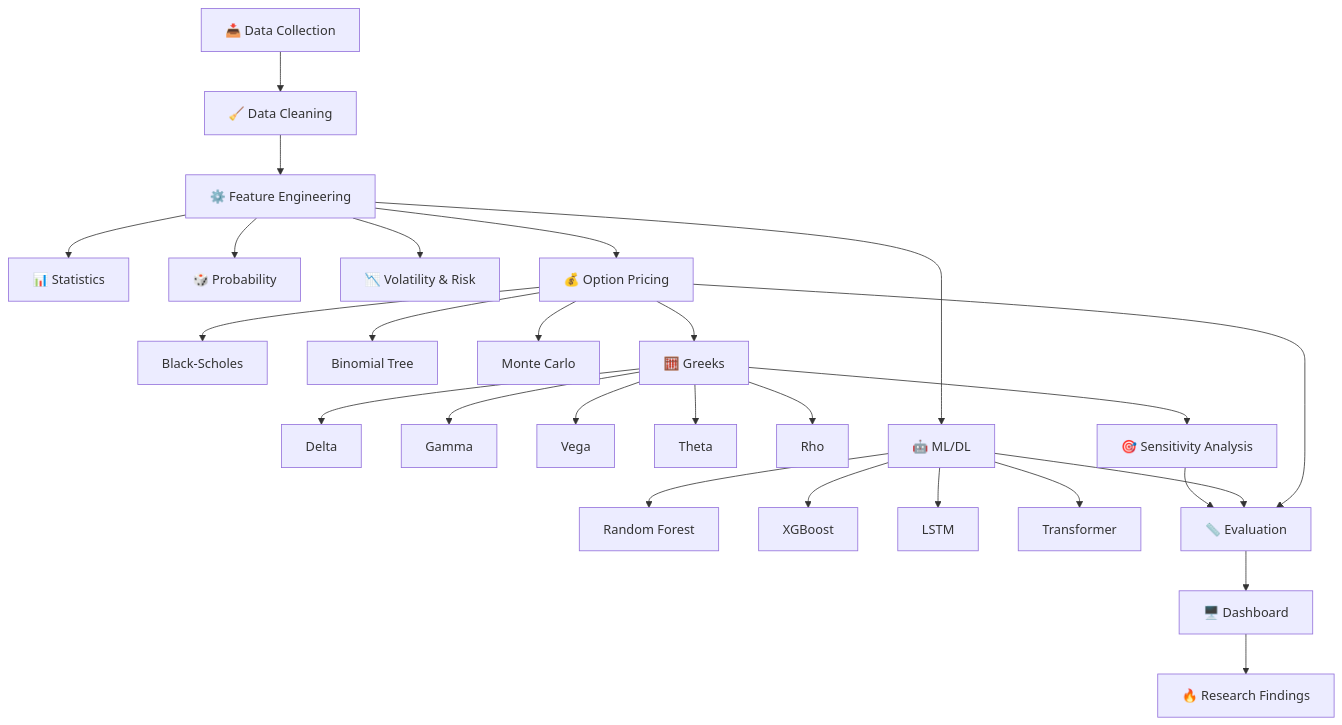
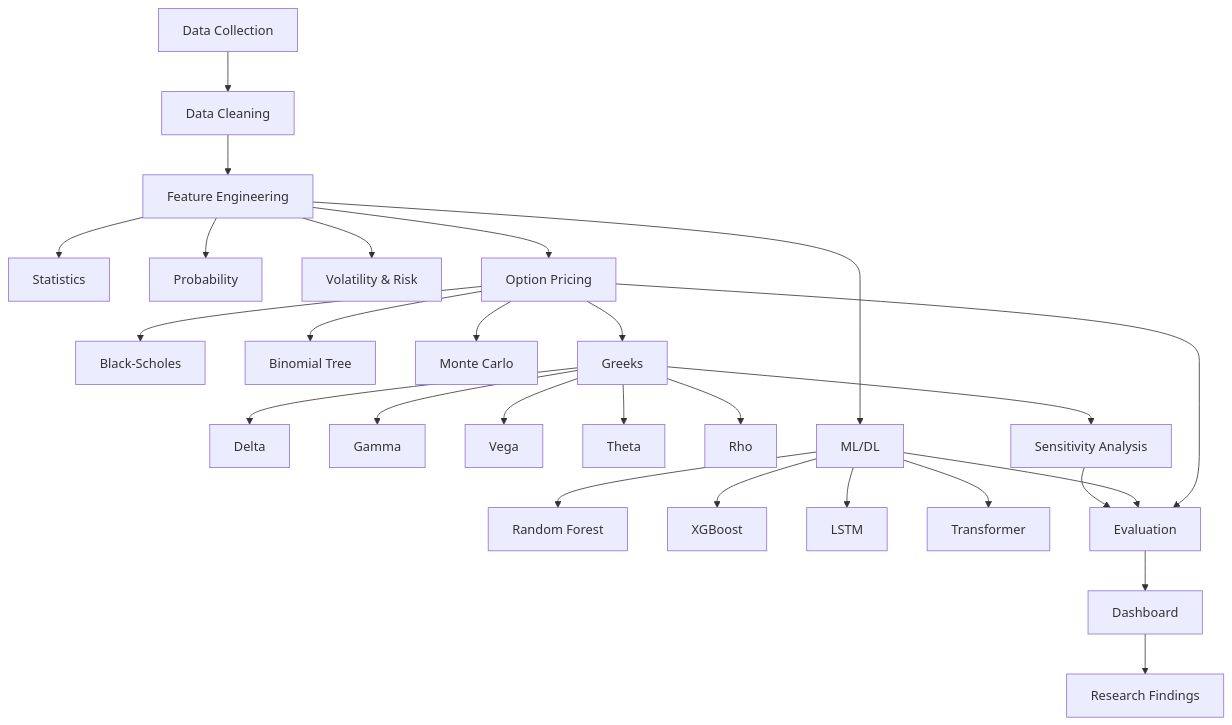
The fourth of 4 diagrams in README.md (Clestialcosmos/Fino-Stock-Option-Market-Analyzer), drawn with Mermaid before and after one commit. The commit also changed other lines of this file, not shown here.

````diff
--- a/README.md
+++ b/README.md
@@ -218,36 +218,36 @@
 ```mermaid
 flowchart TD
-    A[📥 Data Collection] --> B[🧹 Data Cleaning]
-    B --> C[⚙️ Feature Engineering]
+A[Data Collection] --> B[Data Cleaning]
+B --> C[Feature Engineering]
 
-    C --> D[📊 Statistics]
-    C --> E[🎲 Probability]
-    C --> F[📉 Volatility & Risk]
+C --> D[Statistics]
+C --> E[Probability]
+C --> F[Volatility & Risk]
 
-    C --> G[💰 Option Pricing]
-    G --> G1[Black-Scholes]
-    G --> G2[Binomial Tree]
-    G --> G3[Monte Carlo]
+C --> G[Option Pricing]
+G --> G1[Black-Scholes]
+G --> G2[Binomial Tree]
+G --> G3[Monte Carlo]
 
-    G --> H[🧮 Greeks]
-    H --> H1[Delta]
-    H --> H2[Gamma]
-    H --> H3[Vega]
-    H --> H4[Theta]
-    H --> H5[Rho]
+G --> H[Greeks]
+H --> H1[Delta]
+H --> H2[Gamma]
+H --> H3[Vega]
+H --> H4[Theta]
+H --> H5[Rho]
 
-    H --> I[🎯 Sensitivity Analysis]
+H --> I[Sensitivity Analysis]
 
-    C --> J[🤖 ML/DL]
-    J --> J1[Random Forest]
-    J --> J2[XGBoost]
-    J --> J3[LSTM]
-    J --> J4[Transformer]
+C --> J[ML/DL]
+J --> J1[Random Forest]
+J --> J2[XGBoost]
+J --> J3[LSTM]
+J --> J4[Transformer]
 
-    G --> K[📏 Evaluation]
-    J --> K
-    I --> K
+G --> K[Evaluation]
+J --> K
+I --> K
 
-    K --> L[🖥️ Dashboard]
-    L --> M[🔥 Research Findings]
+K --> L[Dashboard]
+L --> M[Research Findings]
 ```
````
